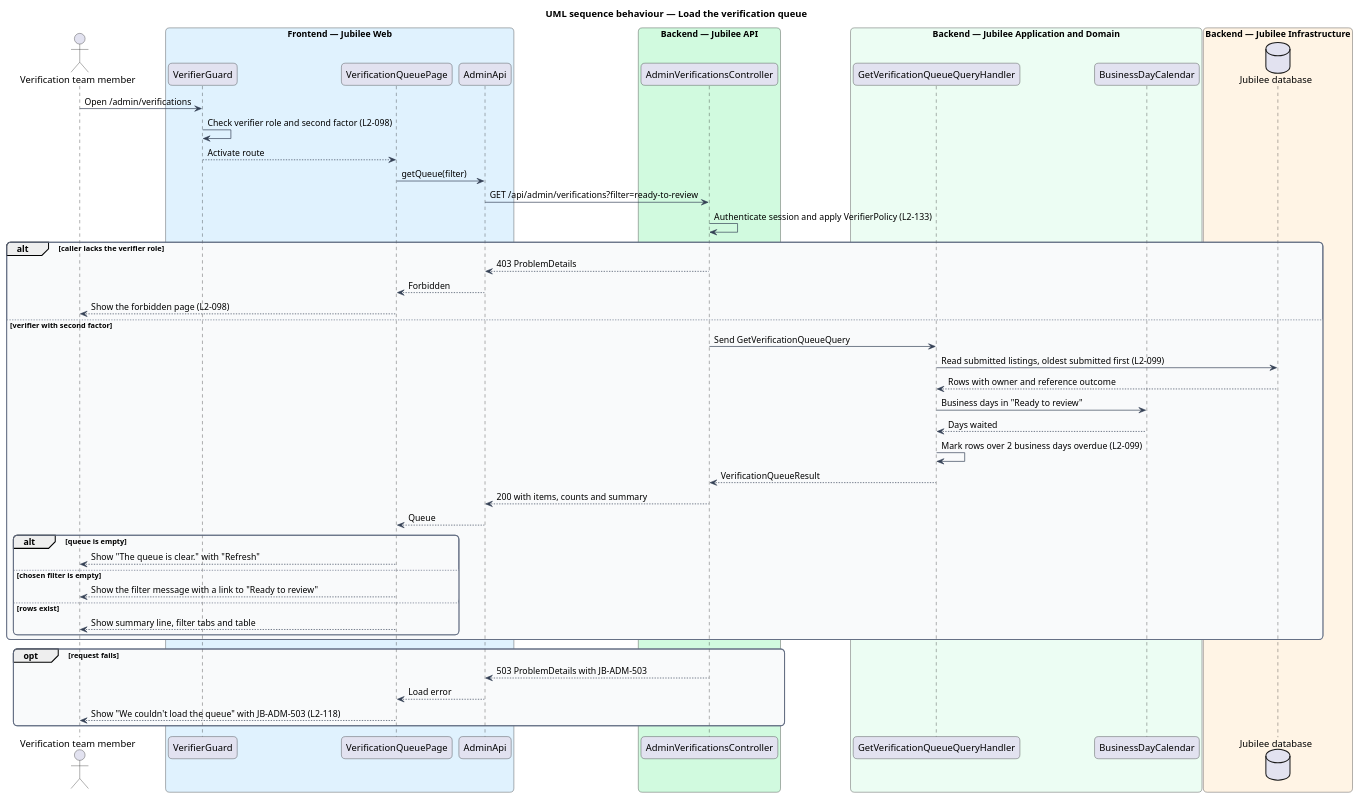
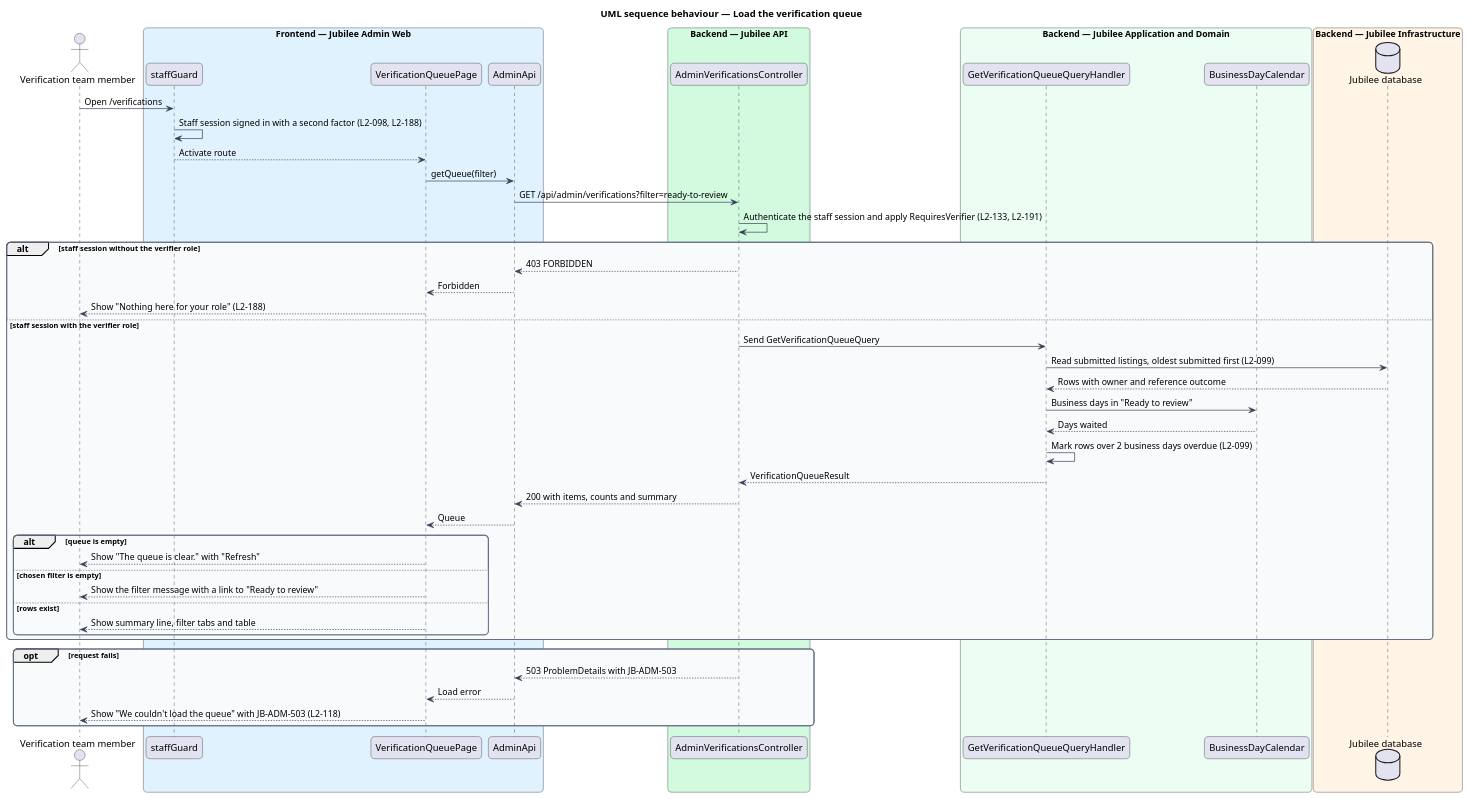
One commit to QuinntyneBrown/jubilee changed the diagram in docs/detailed-designs/verification/work-verification-queue/diagrams/sequence-load-queue.puml. Above: the diagram before and after it, drawn with PlantUML. The commit also changed 84 other files, not shown here.

```diff
--- a/docs/detailed-designs/verification/work-verification-queue/diagrams/sequence-load-queue.puml
+++ b/docs/detailed-designs/verification/work-verification-queue/diagrams/sequence-load-queue.puml
@@ -1,66 +1,66 @@
 @startuml
 title UML sequence behaviour — Load the verification queue
 skinparam backgroundColor #FFFFFF
 skinparam shadowing false
 skinparam roundcorner 12
 skinparam defaultFontName Arial
 skinparam ArrowColor #344054
 skinparam rectangle {
   BorderColor #344054
   FontColor #101828
 }
 skinparam package {
   BorderColor #667085
   FontColor #101828
   BackgroundColor #F9FAFB
 }
 actor "Verification team member" as actor
-box "Frontend — Jubilee Web" #E0F2FE
-  participant "VerifierGuard" as guard
+box "Frontend — Jubilee Admin Web" #E0F2FE
+  participant "staffGuard" as guard
   participant "VerificationQueuePage" as page
   participant "AdminApi" as client
 end box
 box "Backend — Jubilee API" #D1FADF
   participant "AdminVerificationsController" as controller
 end box
 box "Backend — Jubilee Application and Domain" #ECFDF3
   participant "GetVerificationQueueQueryHandler" as handler
   participant "BusinessDayCalendar" as calendar
 end box
 box "Backend — Jubilee Infrastructure" #FFF4E5
   database "Jubilee database" as db
 end box
-actor -> guard : Open /admin/verifications
-guard -> guard : Check verifier role and second factor (L2-098)
+actor -> guard : Open /verifications
+guard -> guard : Staff session signed in with a second factor (L2-098, L2-188)
 guard --> page : Activate route
 page -> client : getQueue(filter)
 client -> controller : GET /api/admin/verifications?filter=ready-to-review
-controller -> controller : Authenticate session and apply VerifierPolicy (L2-133)
-alt caller lacks the verifier role
-  controller --> client : 403 ProblemDetails
+controller -> controller : Authenticate the staff session and apply RequiresVerifier (L2-133, L2-191)
+alt staff session without the verifier role
+  controller --> client : 403 FORBIDDEN
   client --> page : Forbidden
-  page --> actor : Show the forbidden page (L2-098)
-else verifier with second factor
+  page --> actor : Show "Nothing here for your role" (L2-188)
+else staff session with the verifier role
   controller -> handler : Send GetVerificationQueueQuery
   handler -> db : Read submitted listings, oldest submitted first (L2-099)
   db --> handler : Rows with owner and reference outcome
   handler -> calendar : Business days in "Ready to review"
   calendar --> handler : Days waited
   handler -> handler : Mark rows over 2 business days overdue (L2-099)
   handler --> controller : VerificationQueueResult
   controller --> client : 200 with items, counts and summary
   client --> page : Queue
   alt queue is empty
     page --> actor : Show "The queue is clear." with "Refresh"
   else chosen filter is empty
     page --> actor : Show the filter message with a link to "Ready to review"
   else rows exist
     page --> actor : Show summary line, filter tabs and table
   end
 end
 opt request fails
   controller --> client : 503 ProblemDetails with JB-ADM-503
   client --> page : Load error
   page --> actor : Show "We couldn't load the queue" with JB-ADM-503 (L2-118)
 end
 @enduml
```
